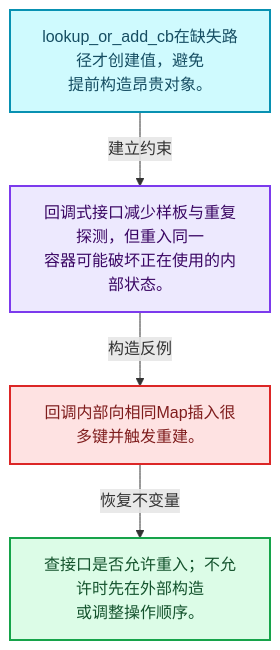
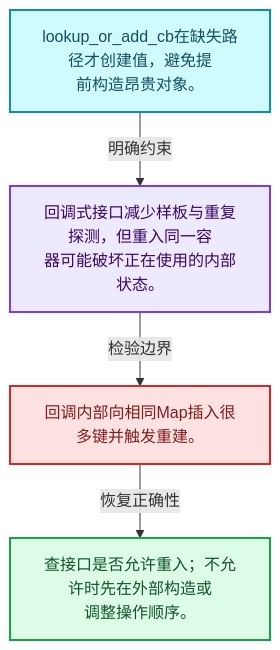
One commit to yunkezengren/blender-.vscode changed the first of 4 diagrams in 杂/markdown/全面学习-codex/02-哈希表与关联数据结构/05-Map插入与回调.md. Above: the diagram before and after it, drawn with Mermaid. The commit also changed other lines of this file and 1930 other files, not shown here.

````diff
--- a/杂/markdown/全面学习-codex/02-哈希表与关联数据结构/05-Map插入与回调.md
+++ b/杂/markdown/全面学习-codex/02-哈希表与关联数据结构/05-Map插入与回调.md
@@ -29,16 +29,16 @@
 ```mermaid
 flowchart TB
-  M["lookup_or_add_cb在缺失路径才创建值，避免<br/>提前构造昂贵对象。"]:::data
-  T["回调式接口减少样板与重复探测，但重入同一<br/>容器可能破坏正在使用的内部状态。"]:::abstraction
-  X["回调内部向相同Map插入很多键并触发重建。"]:::error
-  A["查接口是否允许重入；不允许时先在外部构造<br/>或调整操作顺序。"]:::result
-  M -->|"建立约束"| T
-  T -->|"构造反例"| X
-  X -->|"恢复不变量"| A
+  M["lookup_or_add_cb在缺失路径才创建值，避免提<br/>前构造昂贵对象。"]:::data
+  C["回调式接口减少样板与重复探测，但重入同一容<br/>器可能破坏正在使用的内部状态。"]:::abstraction
+  B["回调内部向相同Map插入很多键并触发重建。"]:::error
+  R["查接口是否允许重入；不允许时先在外部构造或<br/>调整操作顺序。"]:::result
+  M -->|"明确约束"| C
+  C -->|"检验边界"| B
+  B -->|"恢复正确性"| R
   classDef input fill:#DBEAFE,stroke:#2563EB,color:#172554,stroke-width:2px;
   classDef data fill:#CFFAFE,stroke:#0891B2,color:#164E63,stroke-width:2px;
   classDef abstraction fill:#EDE9FE,stroke:#7C3AED,color:#3B0764,stroke-width:2px;
   classDef compute fill:#FEF3C7,stroke:#D97706,color:#78350F,stroke-width:2px;
   classDef result fill:#DCFCE7,stroke:#16A34A,color:#14532D,stroke-width:2px;
   classDef error fill:#FEE2E2,stroke:#DC2626,color:#7F1D1D,stroke-width:2px;
 ```
````
